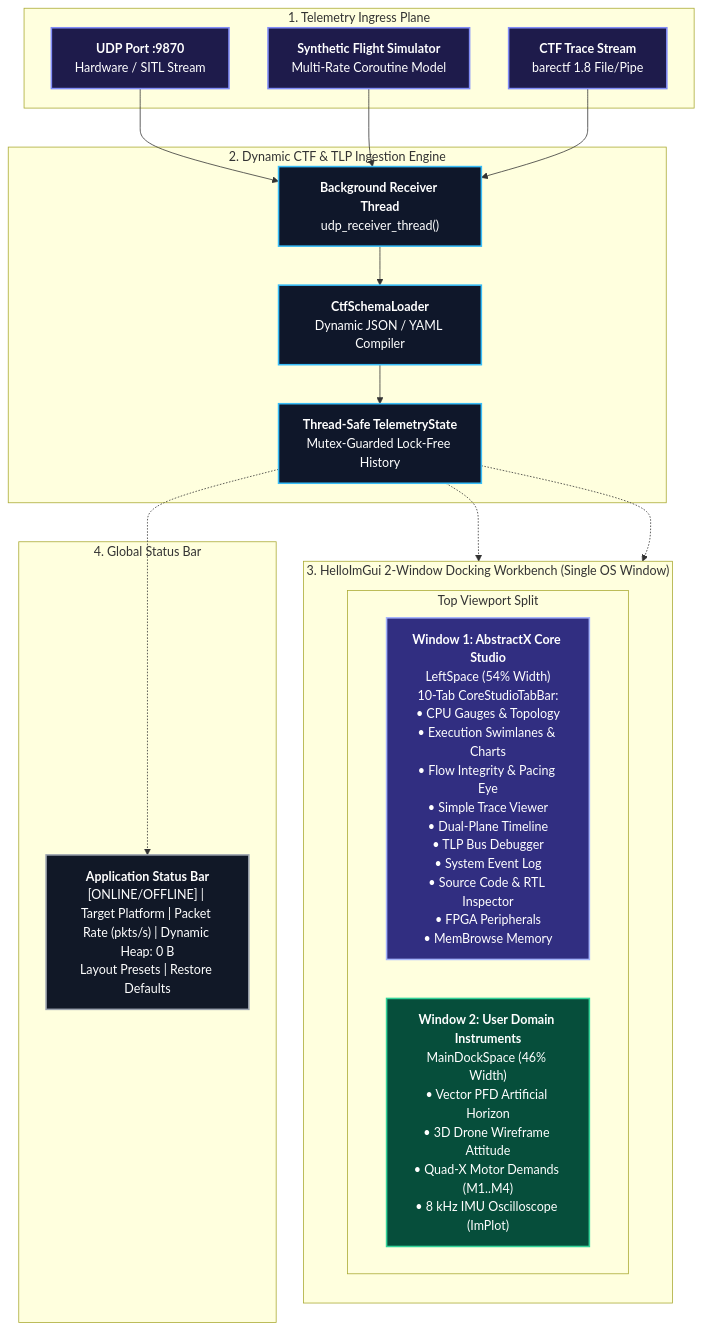
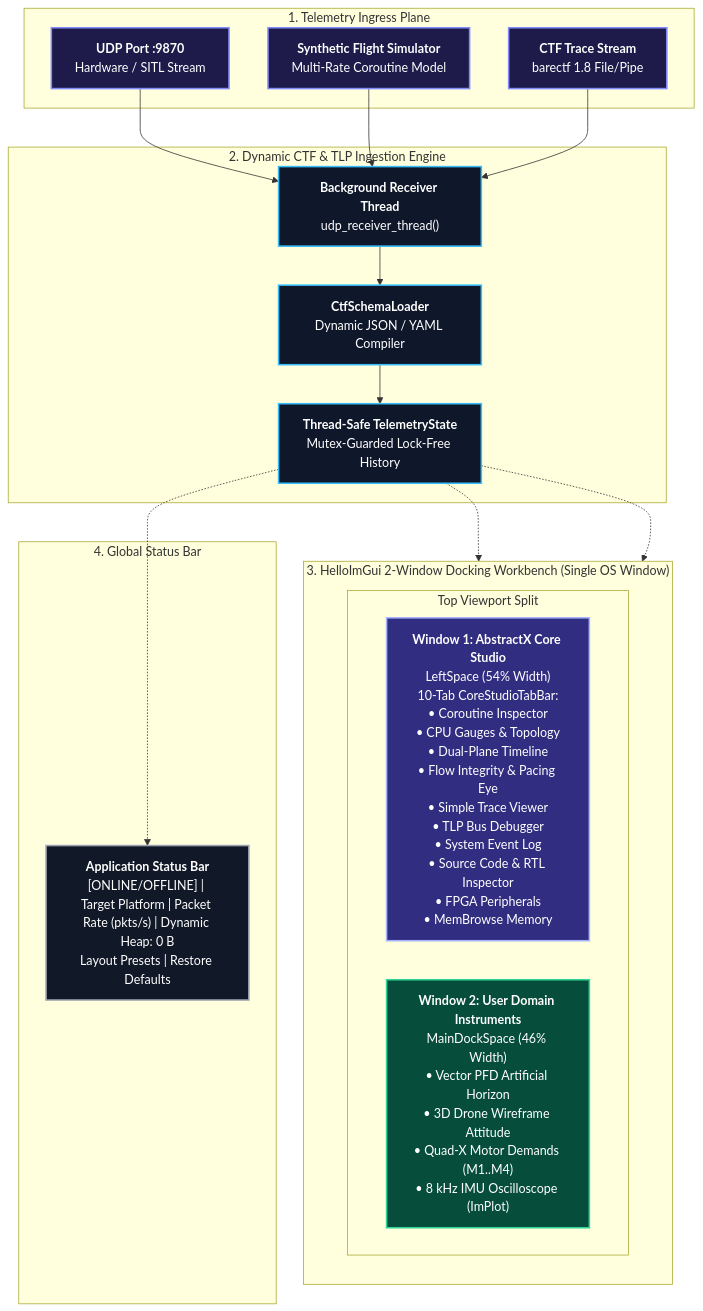
Before and after one commit to tcmichals/AbstractX: the diagram in tools/visualizer/SPECIFICATION.md, drawn with Mermaid. The commit also changed other lines of this file and 10 other files, not shown here.

````diff
--- a/tools/visualizer/SPECIFICATION.md
+++ b/tools/visualizer/SPECIFICATION.md
@@ -19,49 +19,49 @@
 ```mermaid
 flowchart TD
     subgraph INGRESS_LAYER["1. Telemetry Ingress Plane"]
         UDP_PORT["<b>UDP Port :9870</b><br/>Hardware / SITL Stream"]
         SIM_GEN["<b>Synthetic Flight Simulator</b><br/>Multi-Rate Coroutine Model"]
         CTF_FILE["<b>CTF Trace Stream</b><br/>barectf 1.8 File/Pipe"]
     end
 
     subgraph DECODER_LAYER["2. Dynamic CTF & TLP Ingestion Engine"]
         RCV_THREAD["<b>Background Receiver Thread</b><br/>udp_receiver_thread()"]
         SCHEMA_LDR["<b>CtfSchemaLoader</b><br/>Dynamic JSON / YAML Compiler"]
         STATE_STORE["<b>Thread-Safe TelemetryState</b><br/>Mutex-Guarded Lock-Free History"]
     end
 
     subgraph DOCKING_WORKBENCH["3. HelloImGui 2-Window Docking Workbench (Single OS Window)"]
         direction TB
         subgraph TOP_DOCK["Top Viewport Split"]
             direction LR
-            WIN_CORE["<b>Window 1: AbstractX Core Studio</b><br/>LeftSpace (54% Width)<br/>10-Tab CoreStudioTabBar:<br/>• CPU Gauges & Topology<br/>• Execution Swimlanes & Charts<br/>• Flow Integrity & Pacing Eye<br/>• Simple Trace Viewer<br/>• Dual-Plane Timeline<br/>• TLP Bus Debugger<br/>• System Event Log<br/>• Source Code & RTL Inspector<br/>• FPGA Peripherals<br/>• MemBrowse Memory"]
+            WIN_CORE["<b>Window 1: AbstractX Core Studio</b><br/>LeftSpace (54% Width)<br/>10-Tab CoreStudioTabBar:<br/>• Coroutine Inspector<br/>• CPU Gauges & Topology<br/>• Dual-Plane Timeline<br/>• Flow Integrity & Pacing Eye<br/>• Simple Trace Viewer<br/>• TLP Bus Debugger<br/>• System Event Log<br/>• Source Code & RTL Inspector<br/>• FPGA Peripherals<br/>• MemBrowse Memory"]
             WIN_USER["<b>Window 2: User Domain Instruments</b><br/>MainDockSpace (46% Width)<br/>• Vector PFD Artificial Horizon<br/>• 3D Drone Wireframe Attitude<br/>• Quad-X Motor Demands (M1..M4)<br/>• 8 kHz IMU Oscilloscope (ImPlot)"]
         end
     end
 
     subgraph STATUS_LAYER["4. Global Status Bar"]
         BAR["<b>Application Status Bar</b><br/>[ONLINE/OFFLINE] | Target Platform | Packet Rate (pkts/s) | Dynamic Heap: 0 B<br/>Layout Presets | Restore Defaults"]
     end
 
     UDP_PORT --> RCV_THREAD
     SIM_GEN --> RCV_THREAD
     CTF_FILE --> RCV_THREAD
 
     RCV_THREAD --> SCHEMA_LDR --> STATE_STORE
 
     STATE_STORE -.-> WIN_CORE
     STATE_STORE -.-> WIN_USER
     STATE_STORE -.-> BAR
 
     classDef ingStyle fill:#1e1b4b,stroke:#818cf8,stroke-width:2px,color:#ffffff;
     classDef decStyle fill:#0f172a,stroke:#38bdf8,stroke-width:2px,color:#ffffff;
     classDef winCoreStyle fill:#312e81,stroke:#a5b4fc,stroke-width:2px,color:#ffffff;
     classDef winUserStyle fill:#064e3b,stroke:#34d399,stroke-width:2px,color:#ffffff;
     classDef statStyle fill:#111827,stroke:#9ca3af,stroke-width:2px,color:#ffffff;
 
     class UDP_PORT,SIM_GEN,CTF_FILE ingStyle;
     class RCV_THREAD,SCHEMA_LDR,STATE_STORE decStyle;
     class WIN_CORE winCoreStyle;
     class WIN_USER winUserStyle;
     class BAR statStyle;
 ```
````
